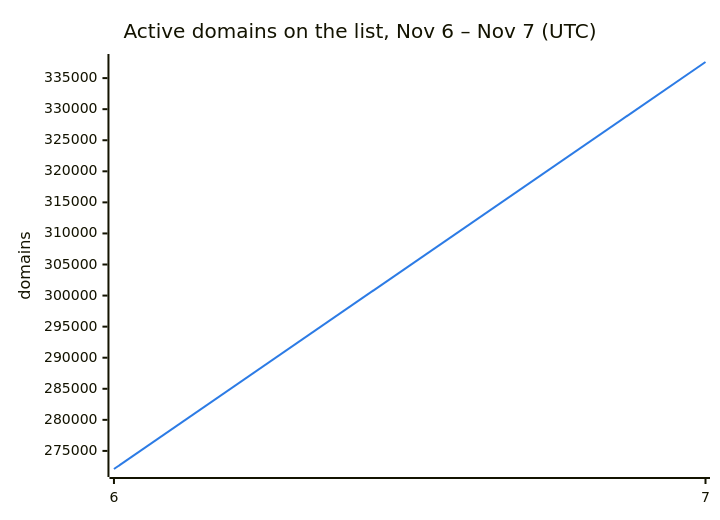
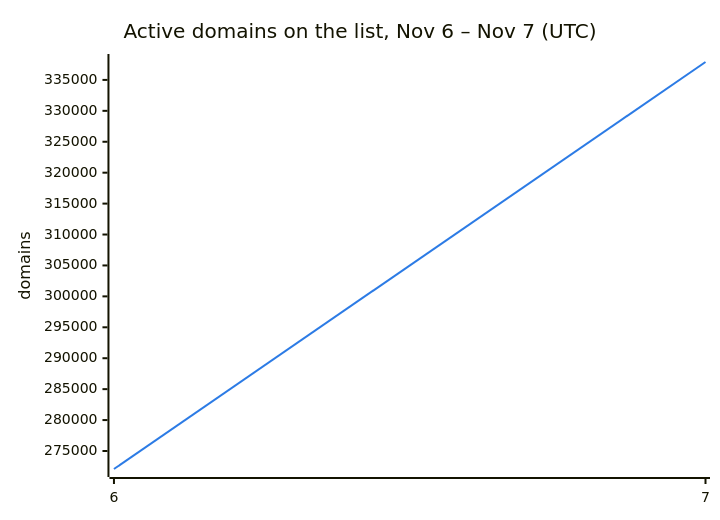
The second of 3 diagrams in README.md (DNSBunker/CTI), drawn with Mermaid before and after one commit. The commit also changed other lines of this file and 3 other files, not shown here.

````diff
--- a/README.md
+++ b/README.md
@@ -38,8 +38,8 @@
 ```mermaid
 %%{init: {"themeVariables": {"xyChart": {"plotColorPalette": "#2c7be5"}}}}%%
 xychart-beta
     title "Active domains on the list, Nov 6 – Nov 7 (UTC)"
     x-axis ["6", "7"]
     y-axis "domains"
-    line [272088, 337593]
+    line [272088, 337896]
 ```
````
